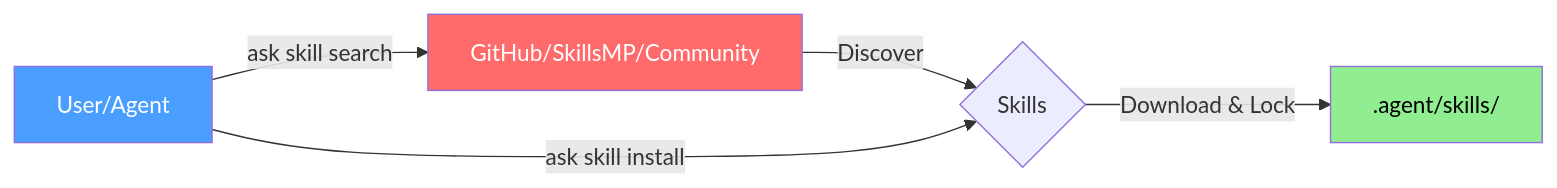
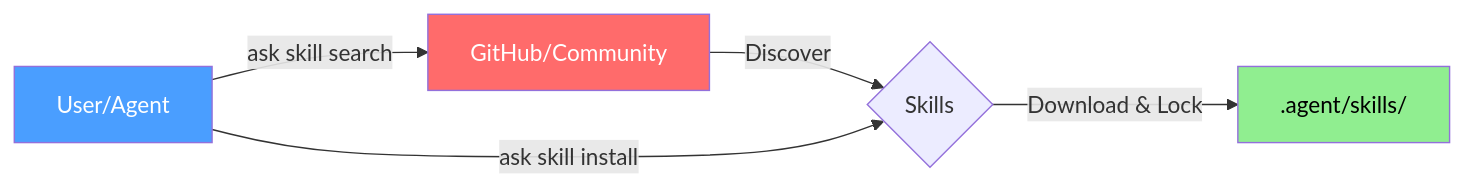
Before and after one commit to rzyns/ask: the diagram in README.md, drawn with Mermaid. The commit also changed other lines of this file and 2 other files, not shown here.

````diff
--- a/README.md
+++ b/README.md
@@ -40,11 +40,11 @@
 ```mermaid
 graph LR
-    User[User/Agent] -->|ask skill search| Sources[GitHub/SkillsMP/Community]
+    User[User/Agent] -->|ask skill search| Sources[GitHub/Community]
     Sources -->|Discover| Skills{Skills}
     User -->|ask skill install| Skills
     Skills -->|Download & Lock| Agent[.agent/skills/]
     
     style User fill:#4a9eff,color:white
     style Sources fill:#ff6b6b,color:white
     style Agent fill:#90ee90,color:black
 ```
````
